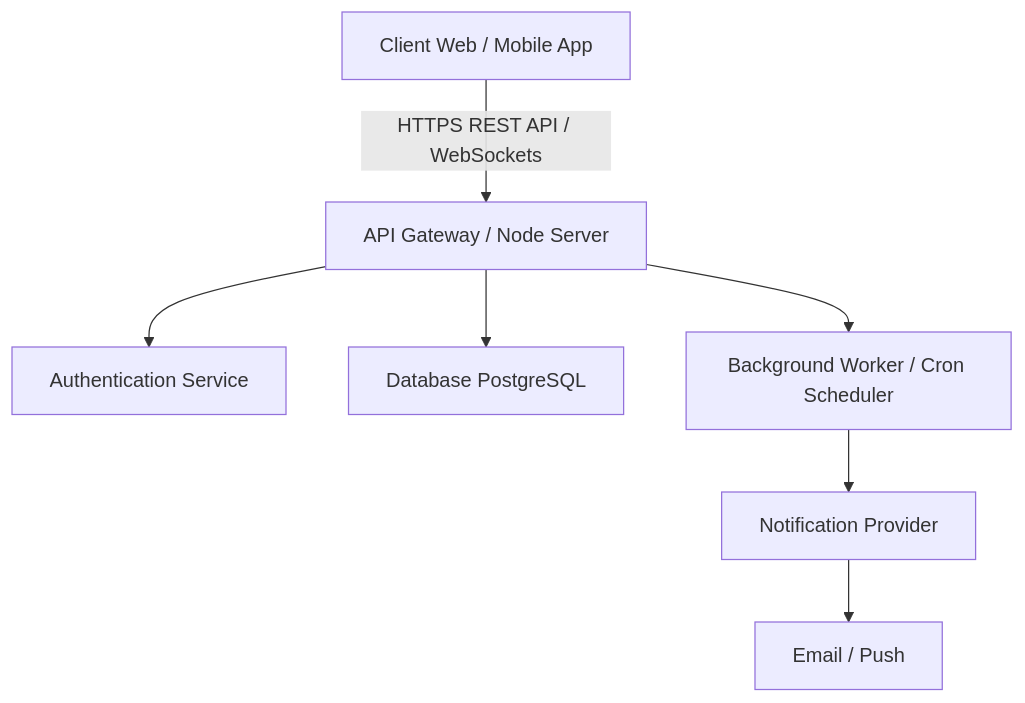
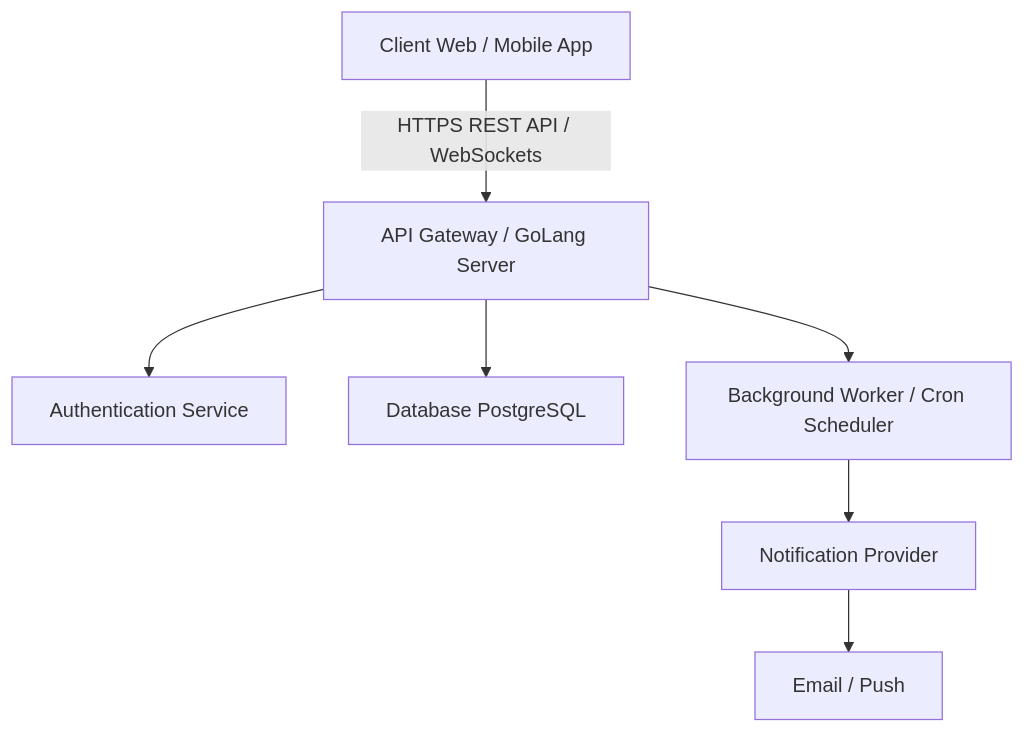
Before and after one commit to pawpet-org/sdlc: the diagram in system_design.md, drawn with Mermaid. The commit also changed 1 other file, not shown here.

Commit message:
change dbms

````diff
--- a/system_design.md
+++ b/system_design.md
@@ -9,17 +9,17 @@
 ```mermaid
 flowchart TD
     A[Client Web / Mobile App]
-    B[API Gateway / Node Server]
+    B[API Gateway / GoLang Server]
     C[Authentication Service]
     D[Database PostgreSQL]
     E[Background Worker / Cron Scheduler]
     F[Notification Provider]
     G[Email / Push]
 
     A -->|HTTPS REST API / WebSockets| B
     B --> C
     B --> D
     B --> E
     E --> F
     F --> G
 ```
````
